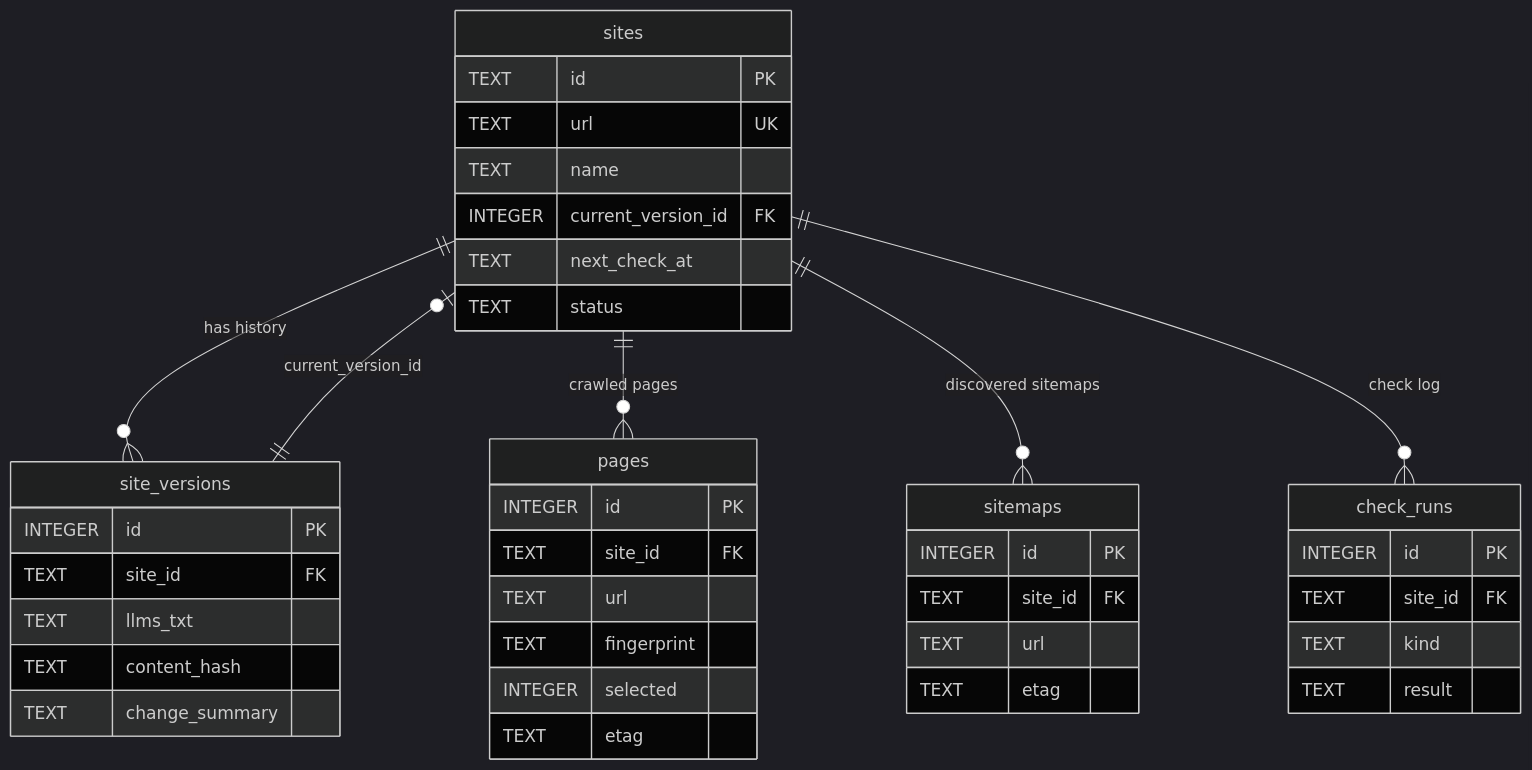
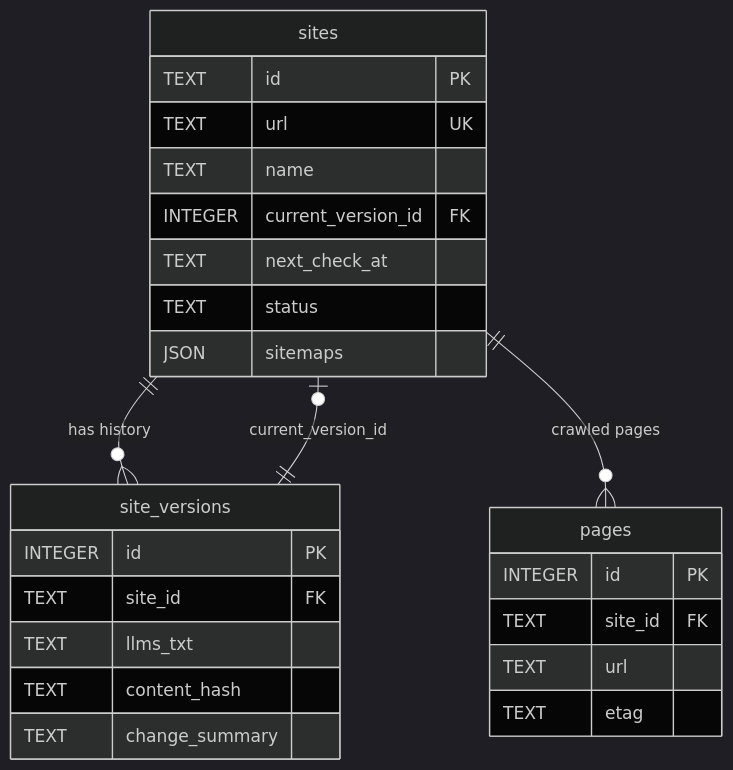
Before and after one commit to nmallekav/llms-txt-nishanth-mallekav: the diagram in docs/database.md, drawn with Mermaid (dark theme). The commit also changed other lines of this file and 18 other files, not shown here.

First line of the commit message:
Simplify the backend: smaller schema, fewer endpoints, clearer crawler

````diff
--- a/docs/database.md
+++ b/docs/database.md
@@ -14,44 +14,29 @@
 ```mermaid
 erDiagram
     sites ||--o{ site_versions : "has history"
     sites ||--o{ pages : "crawled pages"
-    sites ||--o{ sitemaps : "discovered sitemaps"
-    sites ||--o{ check_runs : "check log"
     sites |o--|| site_versions : "current_version_id"
 
     sites {
         TEXT id PK
         TEXT url UK
         TEXT name
         INTEGER current_version_id FK
         TEXT next_check_at
         TEXT status
+        JSON sitemaps
     }
     site_versions {
         INTEGER id PK
         TEXT site_id FK
         TEXT llms_txt
         TEXT content_hash
         TEXT change_summary
     }
     pages {
         INTEGER id PK
         TEXT site_id FK
         TEXT url
-        TEXT fingerprint
-        INTEGER selected
         TEXT etag
     }
-    sitemaps {
-        INTEGER id PK
-        TEXT site_id FK
-        TEXT url
-        TEXT etag
-    }
-    check_runs {
-        INTEGER id PK
-        TEXT site_id FK
-        TEXT kind
-        TEXT result
-    }
 ```
````
